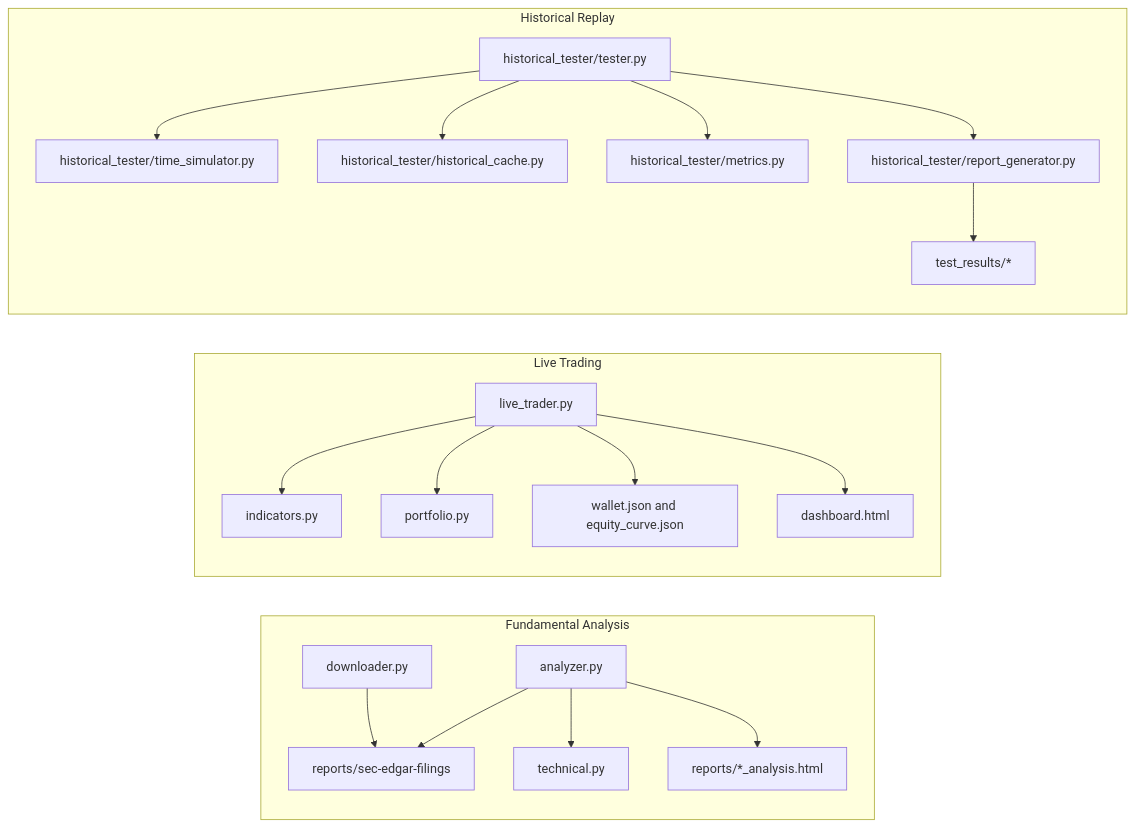
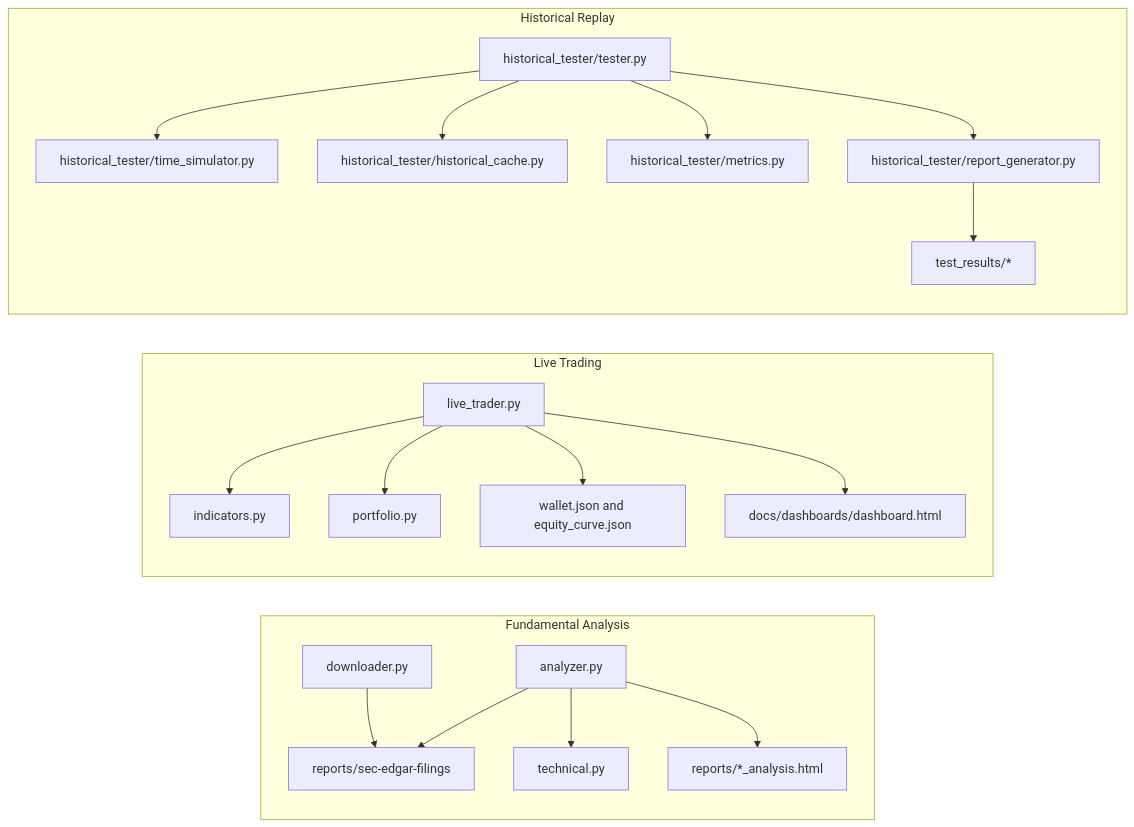
Before and after one commit to Paperni/Financer-: the second of 4 diagrams in docs/ARCHITECTURE.md, drawn with Mermaid. The commit also changed 7 other files, not shown here.

````diff
--- a/docs/ARCHITECTURE.md
+++ b/docs/ARCHITECTURE.md
@@ -85,40 +85,40 @@
 ```mermaid
 flowchart LR
     subgraph analysis [Fundamental Analysis]
         downloader[downloader.py]
         analyzer[analyzer.py]
         technical[technical.py]
         filings[reports/sec-edgar-filings]
         htmlReports[reports/*_analysis.html]
         downloader --> filings
         analyzer --> filings
         analyzer --> technical
         analyzer --> htmlReports
     end
 
     subgraph trading [Live Trading]
         liveTrader[live_trader.py]
         indicators[indicators.py]
         portfolio[portfolio.py]
         runtimeFiles[wallet.json and equity_curve.json]
-        dashboard[dashboard.html]
+        dashboard[docs/dashboards/dashboard.html]
         liveTrader --> indicators
         liveTrader --> portfolio
         liveTrader --> runtimeFiles
         liveTrader --> dashboard
     end
 
     subgraph replay [Historical Replay]
         tester[historical_tester/tester.py]
         timeSimulator[historical_tester/time_simulator.py]
         historicalCache[historical_tester/historical_cache.py]
         metricsCollector[historical_tester/metrics.py]
         reportGenerator[historical_tester/report_generator.py]
         testResults[test_results/*]
         tester --> timeSimulator
         tester --> historicalCache
         tester --> metricsCollector
         tester --> reportGenerator
         reportGenerator --> testResults
     end
 ```
````
